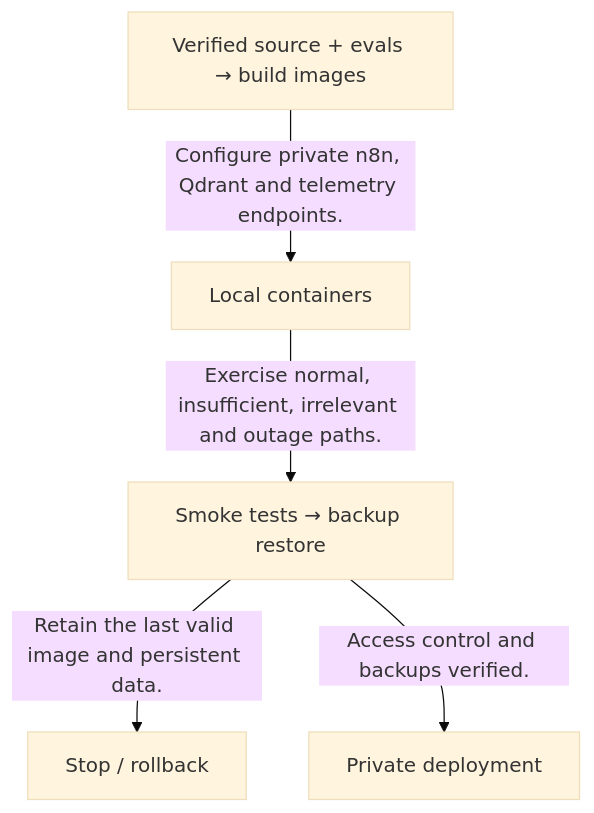
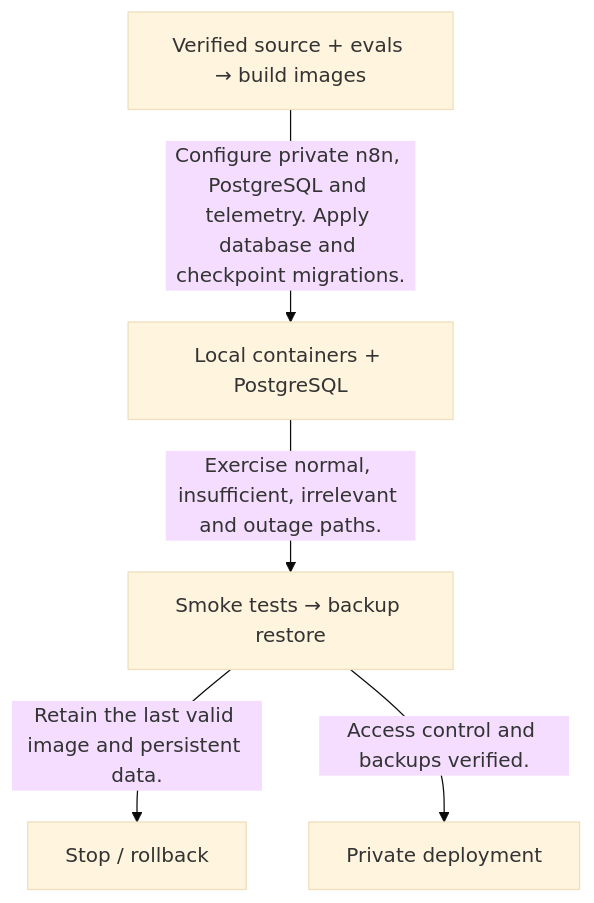
Before and after one commit to ByronHo68/ai-learning-academy: diagram 11 of 11 in docs/FINANCIAL_REPORT_DEVELOPMENT_PROPOSAL.md, drawn with Mermaid (base theme). The commit also changed other lines of this file and 66 other files, not shown here.

Commit message:
Use PostgreSQL for the finance database and retrieval baseline

````diff
--- a/docs/FINANCIAL_REPORT_DEVELOPMENT_PROPOSAL.md
+++ b/docs/FINANCIAL_REPORT_DEVELOPMENT_PROPOSAL.md
@@ -2633,12 +2862,12 @@
 ```mermaid
 flowchart TD
   n0["Verified source + evals → build images"]
-  n1["Local containers"]
+  n1["Local containers + PostgreSQL"]
   n2["Smoke tests → backup restore"]
   n3["Stop / rollback"]
   n4["Private deployment"]
-  n0 -->|"Configure private n8n, Qdrant and telemetry endpoints."| n1
+  n0 -->|"Configure private n8n, PostgreSQL and telemetry. Apply database and checkpoint migrations."| n1
   n1 -->|"Exercise normal, insufficient, irrelevant and outage paths."| n2
   n2 -->|"Retain the last valid image and persistent data."| n3
   n2 -->|"Access control and backups verified."| n4
 ```
````
